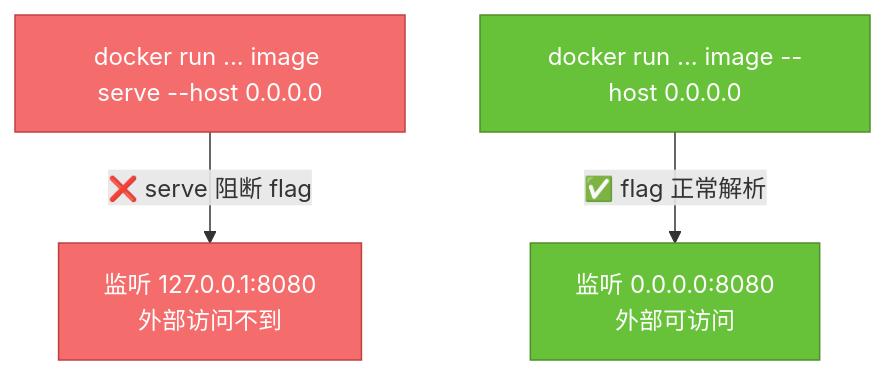
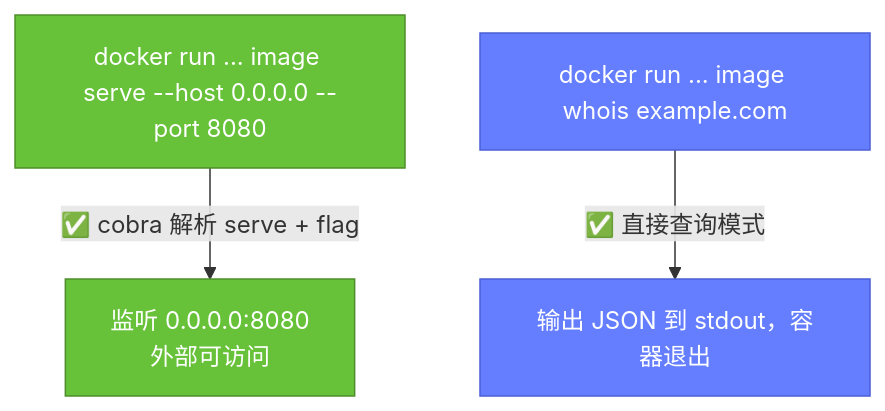
One commit to cyberspacesec/whois-skills changed the second of 2 diagrams in website/cli/docker.md. Above: the diagram before and after it, drawn with Mermaid. The commit also changed other lines of this file and 21 other files, not shown here.

````diff
--- a/website/cli/docker.md
+++ b/website/cli/docker.md
@@ -104,13 +98,13 @@
 ```mermaid
 flowchart TD
-    Cmd1["docker run ... image serve --host 0.0.0.0"]
-    Cmd1 -->|"❌ serve 阻断 flag"| Bug["监听 127.0.0.1:8080<br/>外部访问不到"]
+    Cmd1["docker run ... image serve --host 0.0.0.0 --port 8080"]
+    Cmd1 -->|"✅ cobra 解析 serve + flag"| OK["监听 0.0.0.0:8080<br/>外部可访问"]
 
-    Cmd2["docker run ... image --host 0.0.0.0"]
-    Cmd2 -->|"✅ flag 正常解析"| OK["监听 0.0.0.0:8080<br/>外部可访问"]
+    Cmd2["docker run ... image whois example.com"]
+    Cmd2 -->|"✅ 直接查询模式"| Query["输出 JSON 到 stdout，容器退出"]
 
-    classDef bad fill:#f56c6c,color:#fff,stroke:#c04040
     classDef good fill:#67c23a,color:#fff,stroke:#4e8e2a
-    class Cmd1,Bug bad
-    class Cmd2,OK good
+    classDef query fill:#647eff,color:#fff,stroke:#4a5fd6
+    class Cmd1,OK good
+    class Cmd2,Query query
 ```
````
